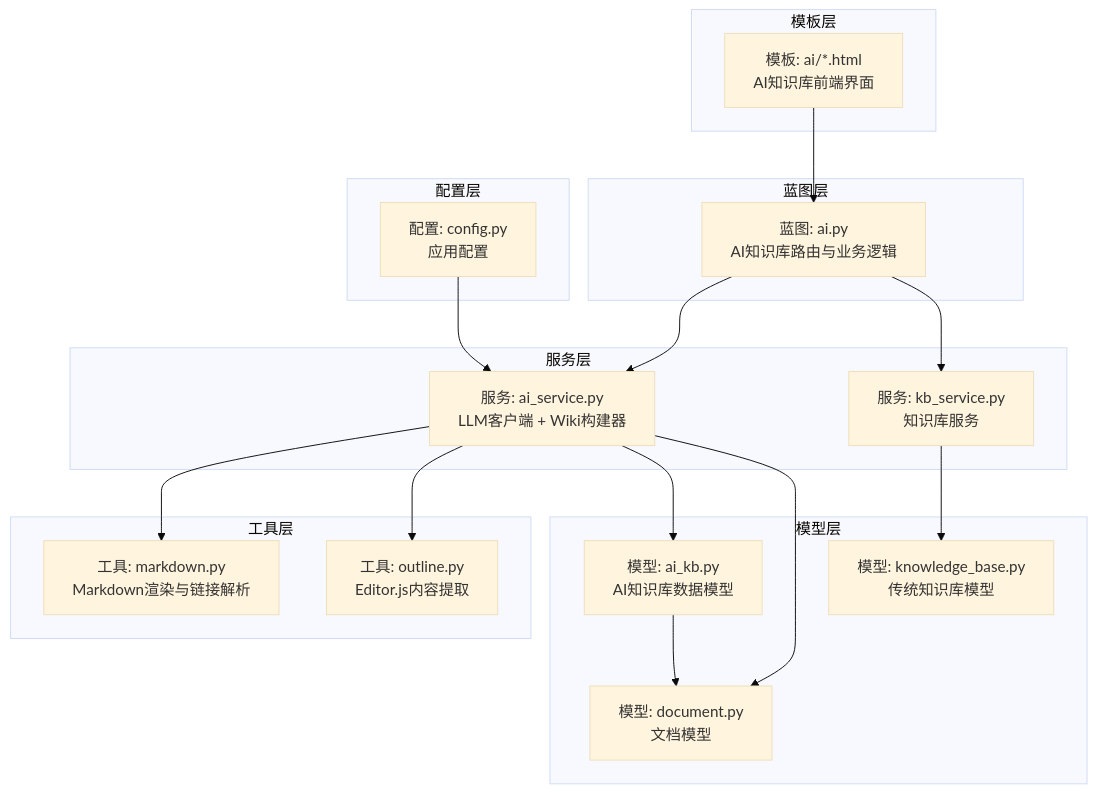
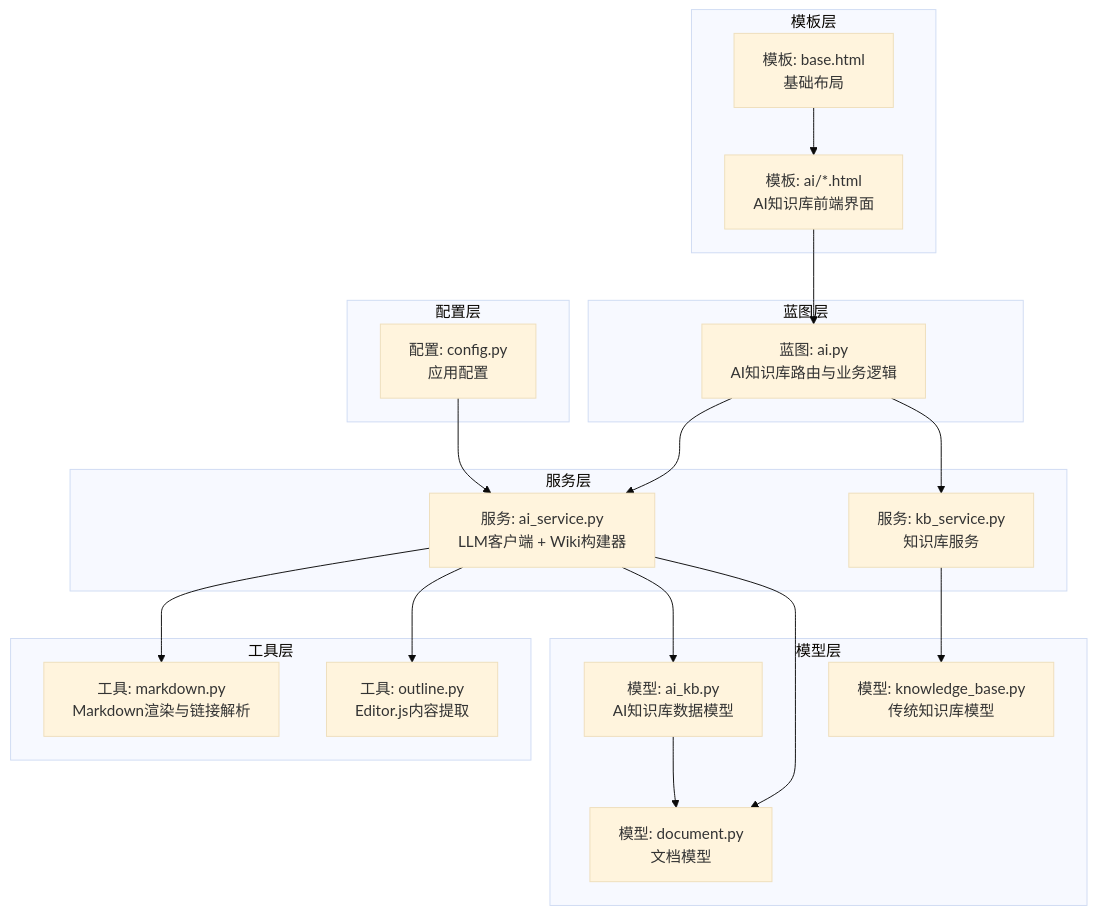
Before and after one commit to beyondalbert/my_wiki: the first of 8 diagrams in .qoder/repowiki/zh/content/核心模块/AI知识库模块/AI知识库模块.md, drawn with Mermaid (base theme). The commit also changed other lines of this file and 17 other files, not shown here.

````diff
--- a/.qoder/repowiki/zh/content/核心模块/AI知识库模块/AI知识库模块.md
+++ b/.qoder/repowiki/zh/content/核心模块/AI知识库模块/AI知识库模块.md
@@ -57,35 +58,37 @@
 ```mermaid
 graph TB
 subgraph "蓝图层"
 BP_AI["蓝图: ai.py<br/>AI知识库路由与业务逻辑"]
 end
 subgraph "服务层"
 SVC_AI["服务: ai_service.py<br/>LLM客户端 + Wiki构建器"]
 SVC_KB["服务: kb_service.py<br/>知识库服务"]
 end
 subgraph "工具层"
 U_MD["工具: markdown.py<br/>Markdown渲染与链接解析"]
 U_OUT["工具: outline.py<br/>Editor.js内容提取"]
 end
 subgraph "模型层"
 M_AIKB["模型: ai_kb.py<br/>AI知识库数据模型"]
 M_KB["模型: knowledge_base.py<br/>传统知识库模型"]
 M_DOC["模型: document.py<br/>文档模型"]
 end
 subgraph "配置层"
 CFG["配置: config.py<br/>应用配置"]
 end
 subgraph "模板层"
 TPL_AI["模板: ai/*.html<br/>AI知识库前端界面"]
+TPL_BASE["模板: base.html<br/>基础布局"]
 end
 BP_AI --> SVC_AI
 BP_AI --> SVC_KB
 SVC_AI --> U_MD
 SVC_AI --> U_OUT
 SVC_AI --> M_AIKB
 SVC_AI --> M_DOC
 SVC_KB --> M_KB
 M_AIKB --> M_DOC
 CFG --> SVC_AI
 TPL_AI --> BP_AI
+TPL_BASE --> TPL_AI
 ```
````
